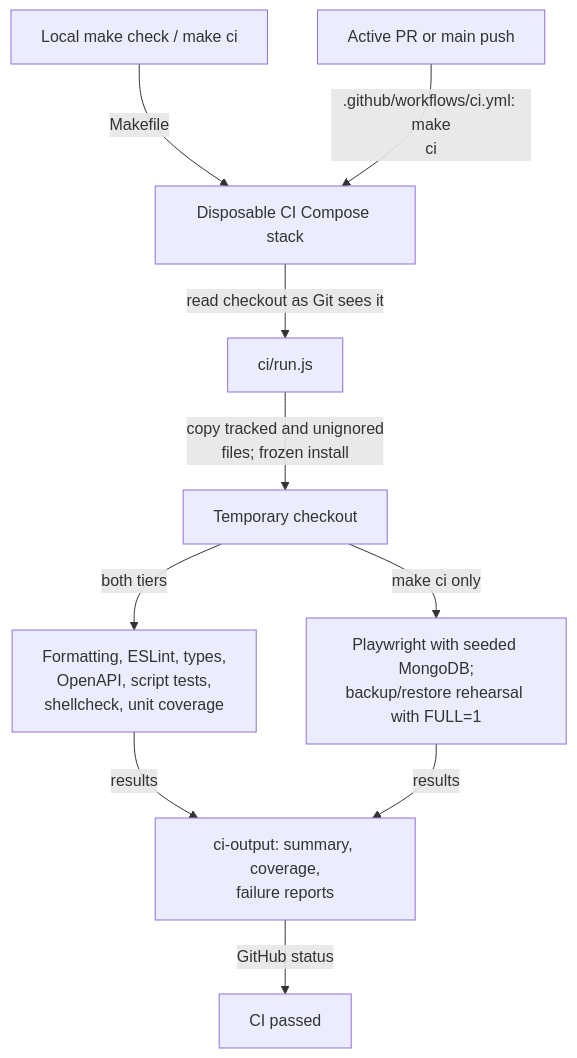
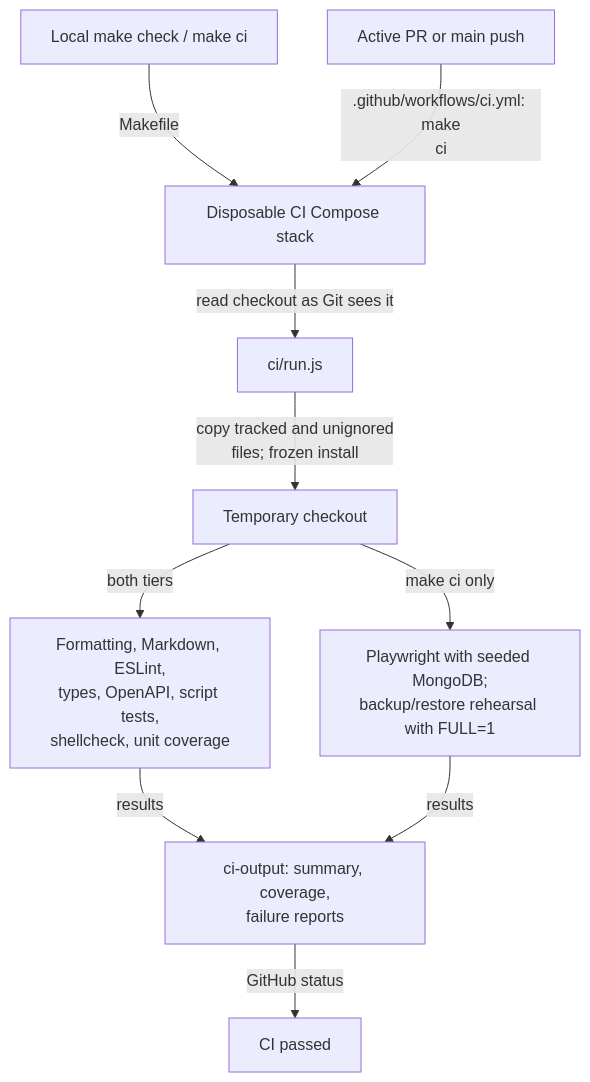
The first of 2 diagrams in scripts/README.md (jonathan-lindqvist/enstorstarkreview), drawn with Mermaid before and after one commit. The commit also changed other lines of this file and 40 other files, not shown here.

````diff
--- a/scripts/README.md
+++ b/scripts/README.md
@@ -11,12 +10,12 @@
 ```mermaid
 flowchart TD
     Local["Local make check / make ci"] -->|"Makefile"| Stack["Disposable CI Compose stack"]
     GitHub["Active PR or main push"] -->|".github/workflows/ci.yml: make<br/>ci"| Stack
     Stack -->|"read checkout as Git sees it"| Runner["ci/run.js"]
     Runner -->|"copy tracked and unignored<br/>files; frozen install"| Checkout["Temporary checkout"]
-    Checkout -->|"both tiers"| Fast["Formatting, ESLint, types,<br/>OpenAPI, script tests,<br/>shellcheck, unit coverage"]
+    Checkout -->|"both tiers"| Fast["Formatting, Markdown, ESLint,<br/>types, OpenAPI, script tests,<br/>shellcheck, unit coverage"]
     Checkout -->|"make ci only"| Full["Playwright with seeded MongoDB;<br/>backup/restore rehearsal with FULL=1"]
     Fast -->|"results"| Reports["ci-output: summary, coverage,<br/>failure reports"]
     Full -->|"results"| Reports
     Reports -->|"GitHub status"| Gate["CI passed"]
 ```
````
